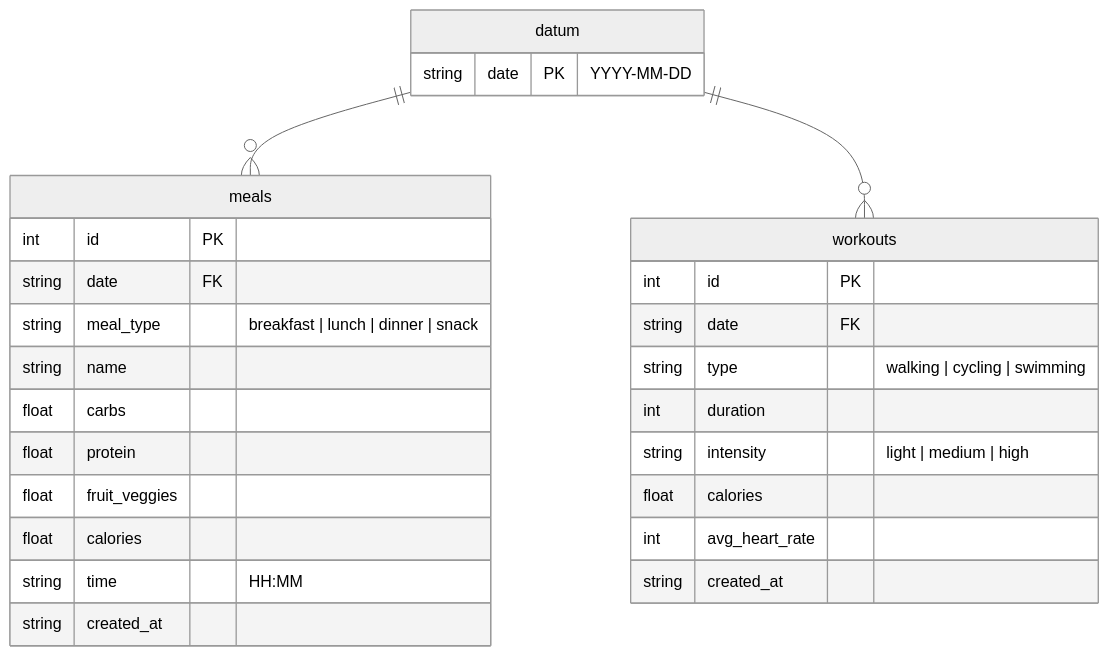
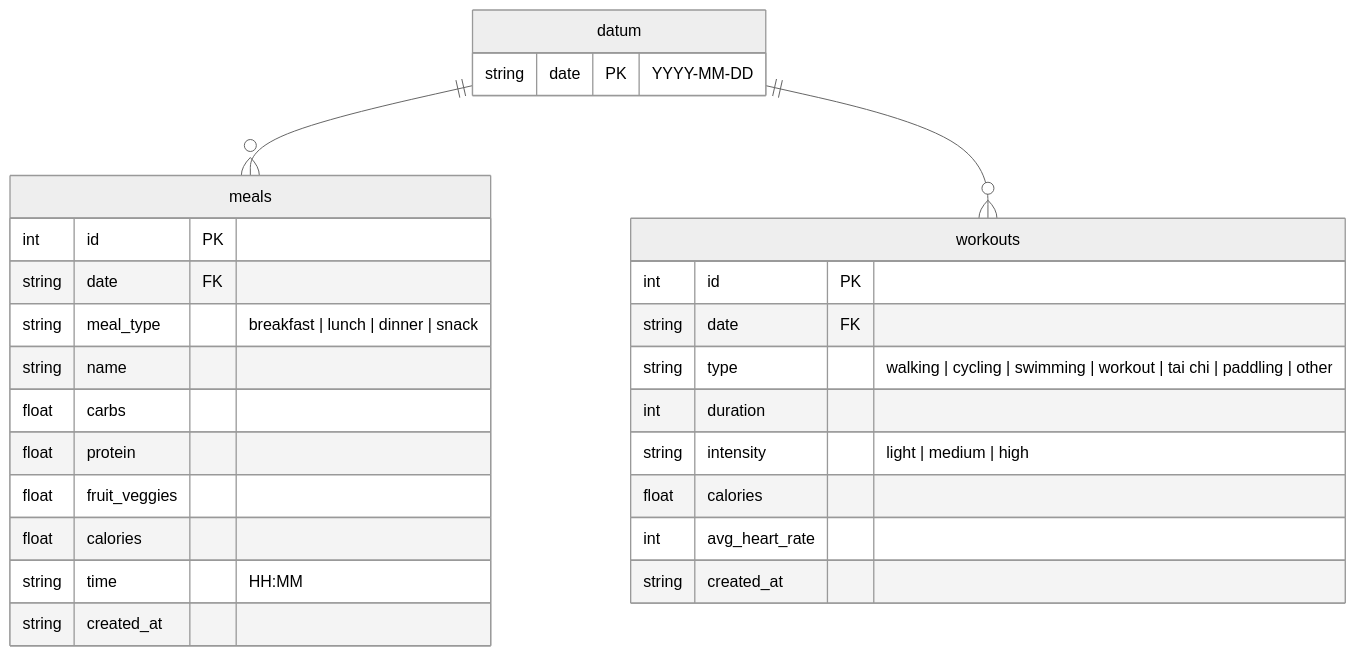
The third of 3 diagrams in README.md (zok42/vita-track), drawn with Mermaid (neutral theme) before and after one commit. The commit also changed other lines of this file and 7 other files, not shown here.

````diff
--- a/README.md
+++ b/README.md
@@ -232,31 +232,31 @@
 ```mermaid
 erDiagram
     datum ||--o{ meals : ""
     datum ||--o{ workouts : ""
 
     datum {
         string date PK "YYYY-MM-DD"
     }
     meals {
         int id PK
         string date FK
         string meal_type "breakfast | lunch | dinner | snack"
         string name
         float carbs
         float protein
         float fruit_veggies
         float calories
         string time "HH:MM"
         string created_at
     }
     workouts {
         int id PK
         string date FK
-        string type "walking | cycling | swimming"
+        string type "walking | cycling | swimming | workout | tai chi | paddling | other"
         int duration
         string intensity "light | medium | high"
         float calories
         int avg_heart_rate
         string created_at
     }
 ```
````
